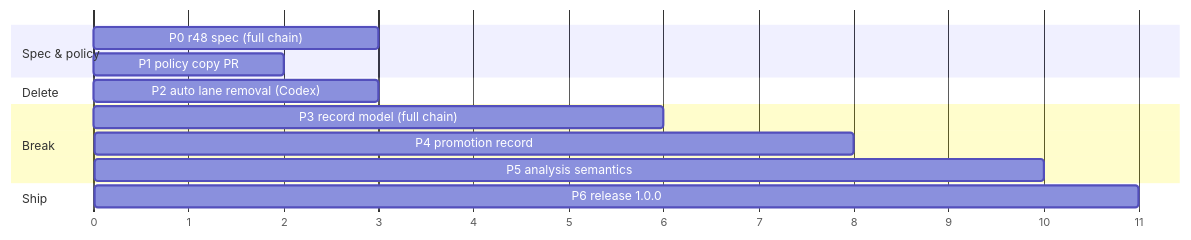
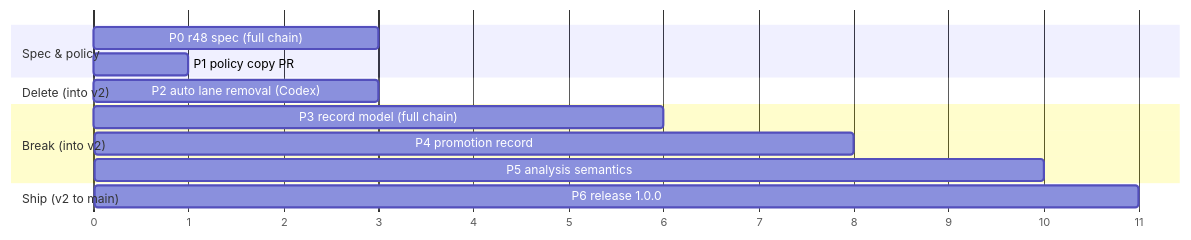
The diagram in docs/plans/2026-09-01-blotter-v2-plan.md (BigCactusLabs/blotter), drawn with Mermaid before and after one commit. The commit also changed other lines of this file and 9 other files, not shown here.

````diff
--- a/docs/plans/2026-09-01-blotter-v2-plan.md
+++ b/docs/plans/2026-09-01-blotter-v2-plan.md
@@ -125,16 +138,16 @@
 ```mermaid
 gantt
     dateFormat  X
     axisFormat  %s
     section Spec & policy
     P0 r48 spec (full chain)      :p0, 0, 3
-    P1 policy copy PR             :p1, 0, 2
-    section Delete
+    P1 policy copy PR             :p1, 0, 1
+    section Delete (into v2)
     P2 auto lane removal (Codex)  :p2, 1, 3
-    section Break
+    section Break (into v2)
     P3 record model (full chain)  :p3, 3, 6
     P4 promotion record           :p4, 6, 8
     P5 analysis semantics         :p5, 8, 10
-    section Ship
+    section Ship (v2 to main)
     P6 release 1.0.0              :p6, 10, 11
 ```
````
